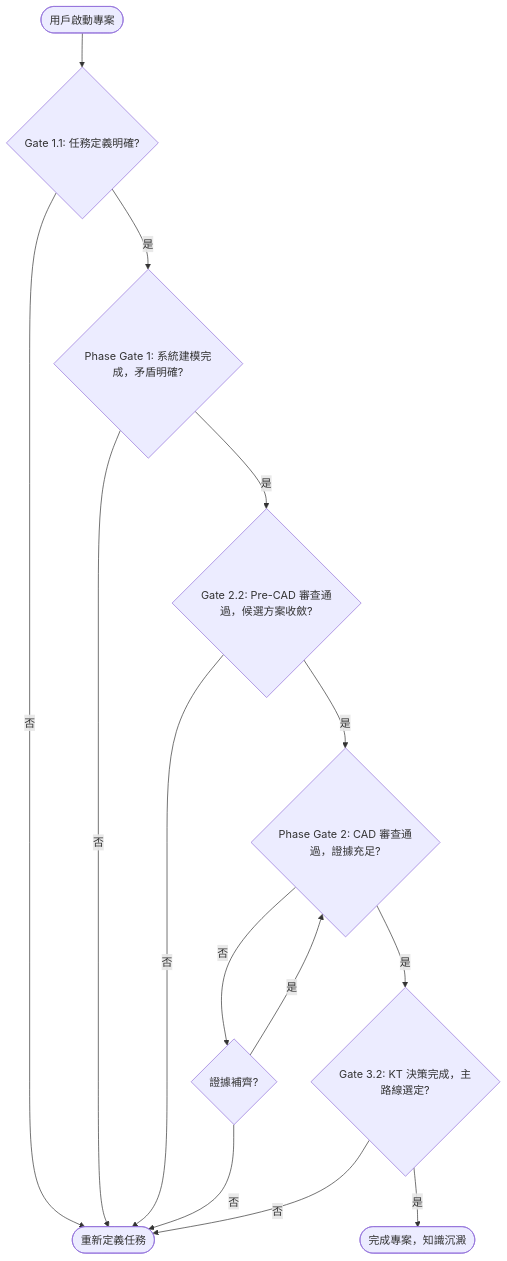
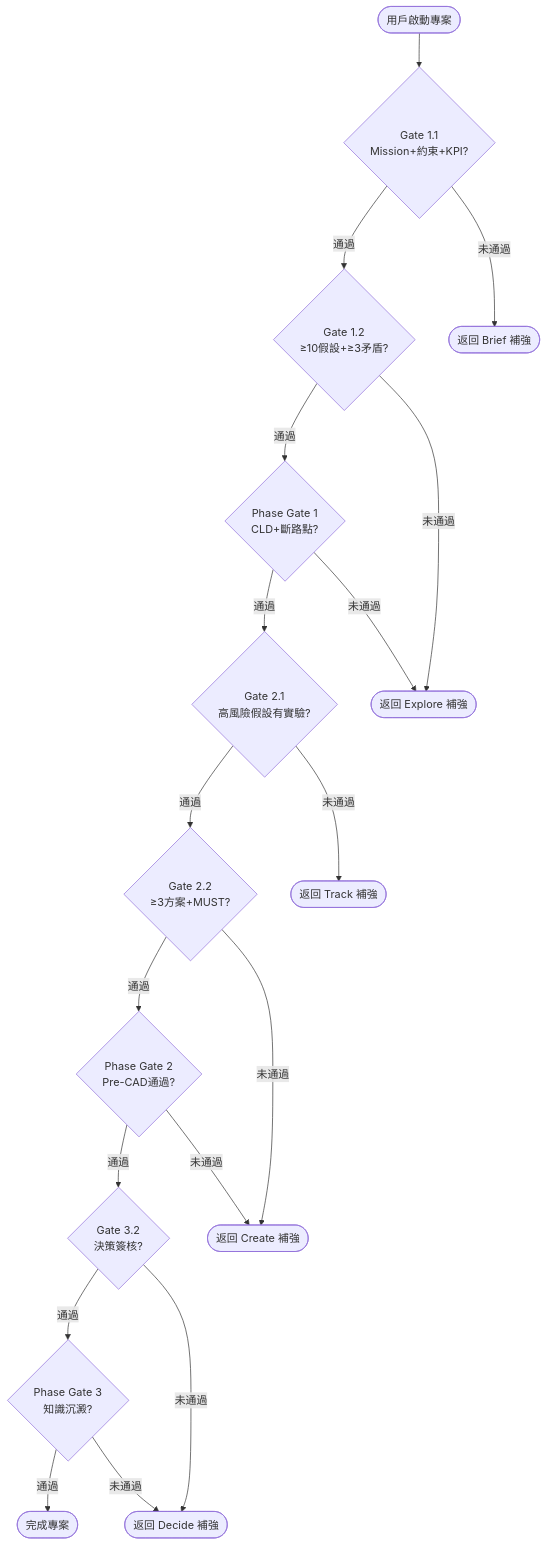
One commit to Zenobia000/AutoTRIZ_smart_design changed the fourth of 5 diagrams in rd_assistant_design_system/universal_template/output/00_blueprint/RD_Design_Copilot_frontend_blueprint.md. Above: the diagram before and after it, drawn with Mermaid. The commit also changed other lines of this file and 37 other files, not shown here.

First line of the commit message:
docs: rewrite UI design system to 6+1 page architecture with Apple philosophy

````diff
--- a/rd_assistant_design_system/universal_template/output/00_blueprint/RD_Design_Copilot_frontend_blueprint.md
+++ b/rd_assistant_design_system/universal_template/output/00_blueprint/RD_Design_Copilot_frontend_blueprint.md
@@ -638,16 +712,20 @@
 ```mermaid
 graph TD
-    Start([用戶啟動專案]) --> A{Gate 1.1: 任務定義明確?}
-    A -->|否| End([重新定義任務])
-    A -->|是| B{Phase Gate 1: 系統建模完成，矛盾明確?}
-    B -->|否| End
-    B -->|是| C{Gate 2.2: Pre-CAD 審查通過，候選方案收斂?}
-    C -->|否| End
-    C -->|是| D{Phase Gate 2: CAD 審查通過，證據充足?}
-    D -->|否| D6e{證據補齊?}
-    D6e -->|是| D
-    D6e -->|否| End
-    D -->|是| E{Gate 3.2: KT 決策完成，主路線選定?}
-    E -->|否| End
-    E -->|是| F([完成專案，知識沉澱])
+    Start([用戶啟動專案]) --> G11{Gate 1.1<br/>Mission+約束+KPI?}
+    G11 -->|通過| G12{Gate 1.2<br/>≥10假設+≥3矛盾?}
+    G12 -->|通過| PG1{Phase Gate 1<br/>CLD+斷路點?}
+    PG1 -->|通過| G21{Gate 2.1<br/>高風險假設有實驗?}
+    G21 -->|通過| G22{Gate 2.2<br/>≥3方案+MUST?}
+    G22 -->|通過| PG2{Phase Gate 2<br/>Pre-CAD通過?}
+    PG2 -->|通過| G32{Gate 3.2<br/>決策簽核?}
+    G32 -->|通過| PG3{Phase Gate 3<br/>知識沉澱?}
+    PG3 -->|通過| End([完成專案])
+    G11 -->|未通過| Fix1([返回 Brief 補強])
+    G12 -->|未通過| Fix2([返回 Explore 補強])
+    PG1 -->|未通過| Fix2
+    G21 -->|未通過| Fix3([返回 Track 補強])
+    G22 -->|未通過| Fix4([返回 Create 補強])
+    PG2 -->|未通過| Fix4
+    G32 -->|未通過| Fix5([返回 Decide 補強])
+    PG3 -->|未通過| Fix5
 ```
````
